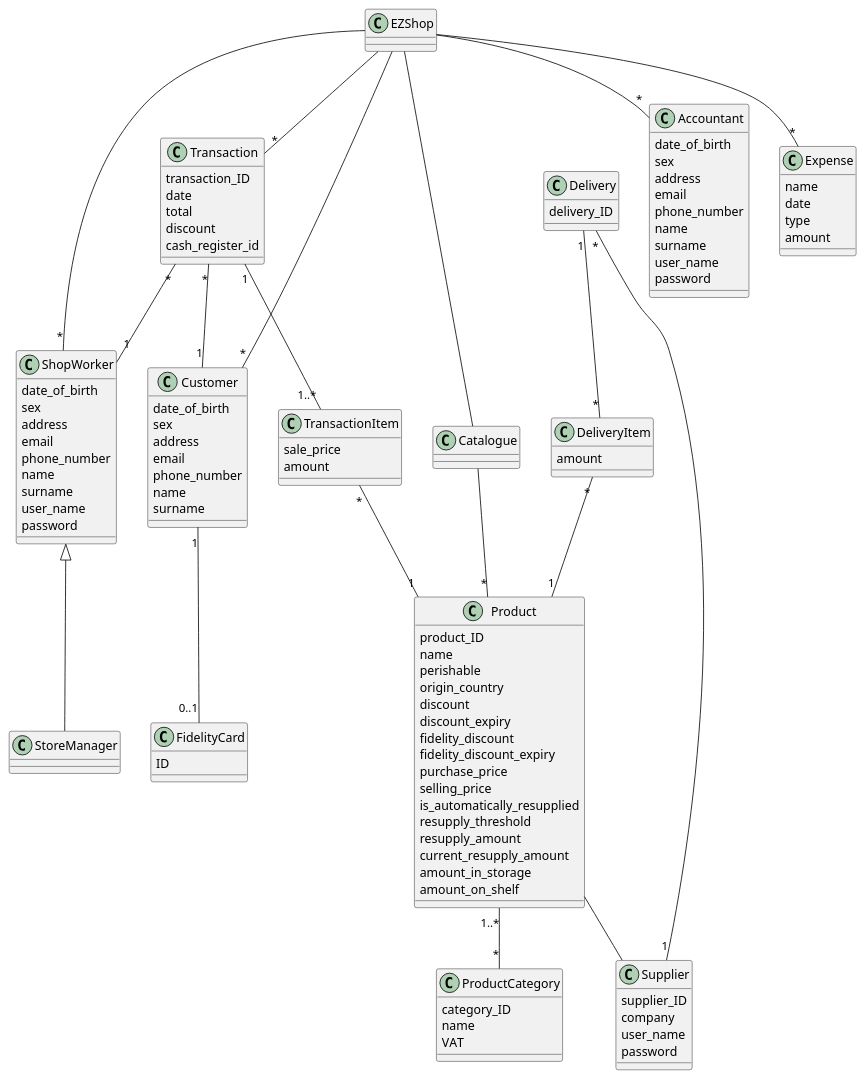
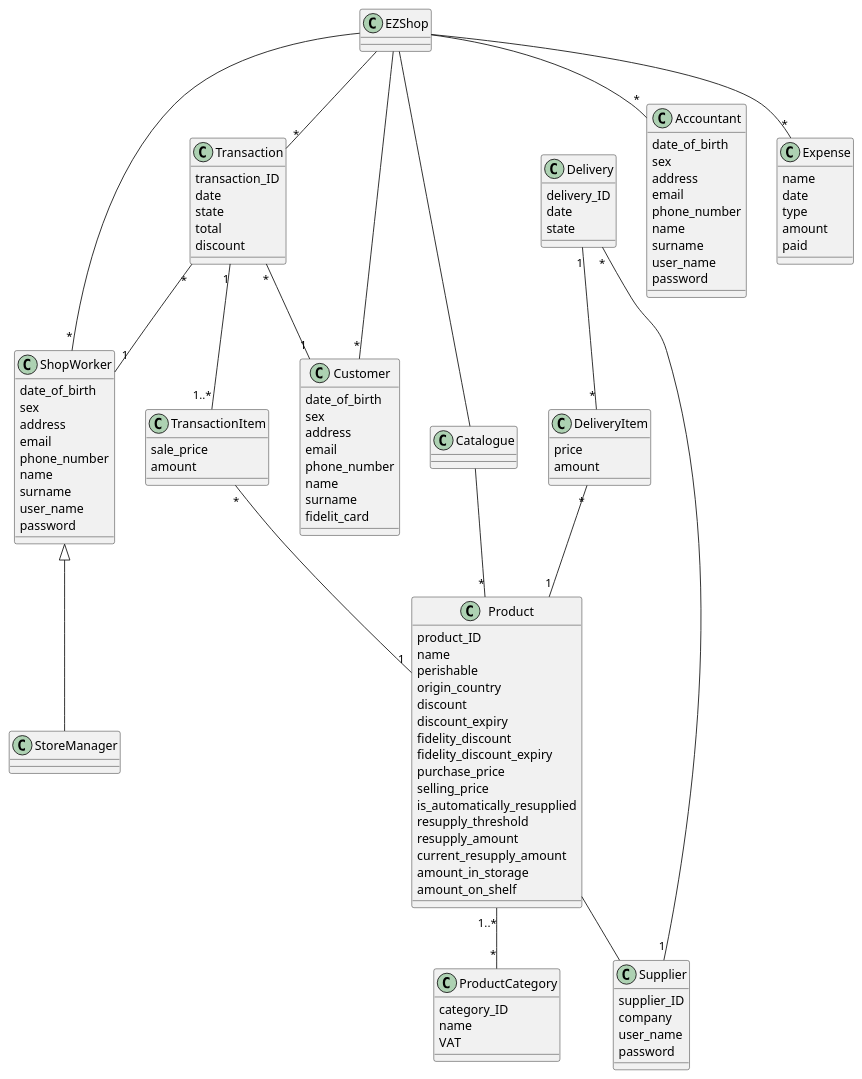
One commit to polito-se2-21-r03/se1-ezshop changed the tenth of 12 diagrams in Deliverables/RequirementsDocument.md. Above: the diagram before and after it, drawn with PlantUML. The commit also changed other lines of this file, not shown here.

```diff
--- a/Deliverables/RequirementsDocument.md
+++ b/Deliverables/RequirementsDocument.md
@@ -1201,9 +1202,7 @@
 phone_number
 name
 surname
-}
-class FidelityCard {
-ID
+fidelit_card
 }
 class Accountant {
 date_of_birth
@@ -1258,16 +1257,19 @@
 date
 type
 amount
+paid
 }
 class Delivery {
 delivery_ID
+date
+state
 }
 class Transaction {
 transaction_ID
 date
+state
 total
 discount
-cash_register_id
 }
 class TransactionItem {
 sale_price
@@ -1279,11 +1281,11 @@
 VAT
 }
 class DeliveryItem {
+price
 amount
 }
 
 EZShop -- "*" Customer
-Customer "1" -- "0..1" FidelityCard
 EZShop -- "*" Accountant
 EZShop -- "*" ShopWorker
 StoreManager -up-|> ShopWorker
```
